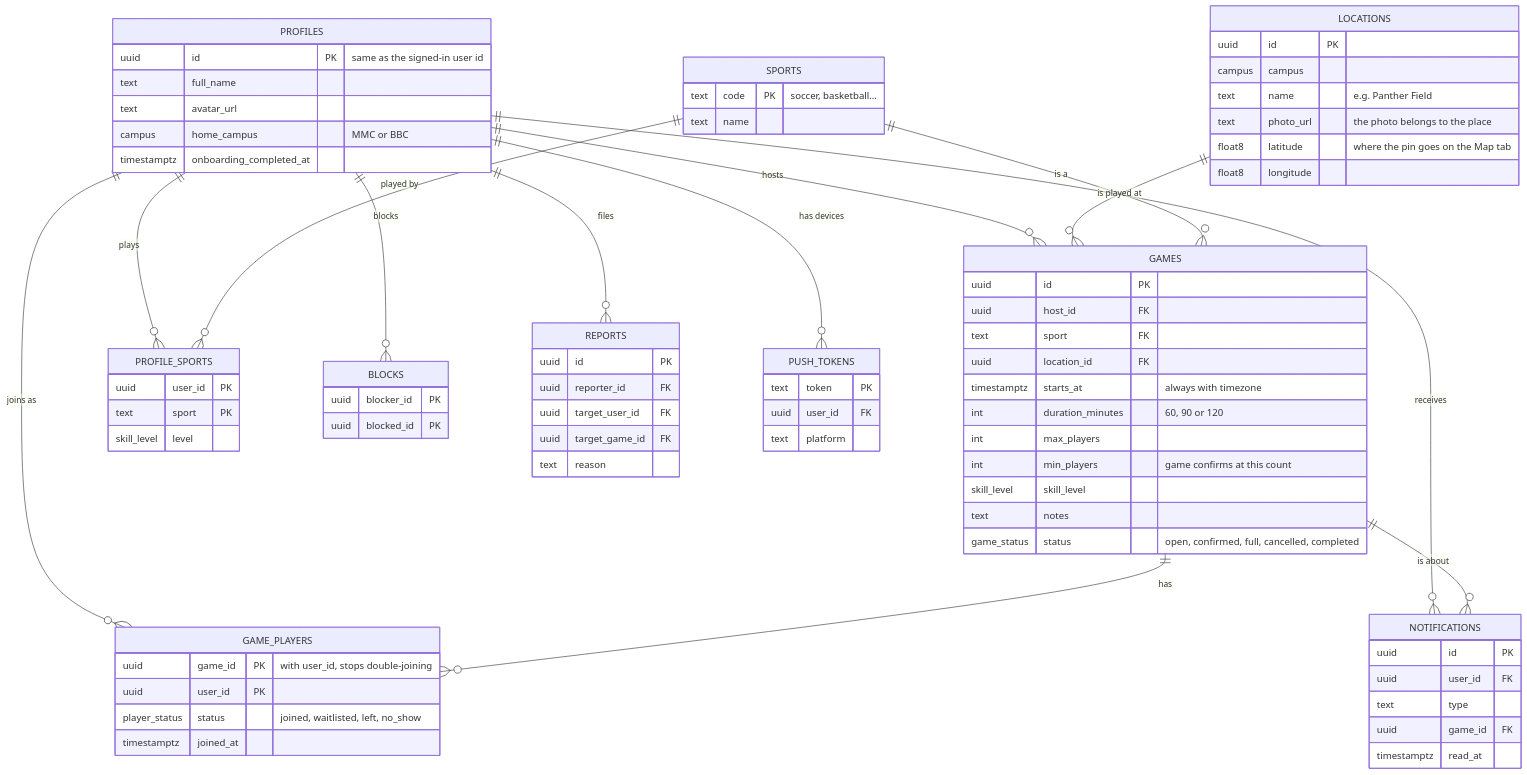
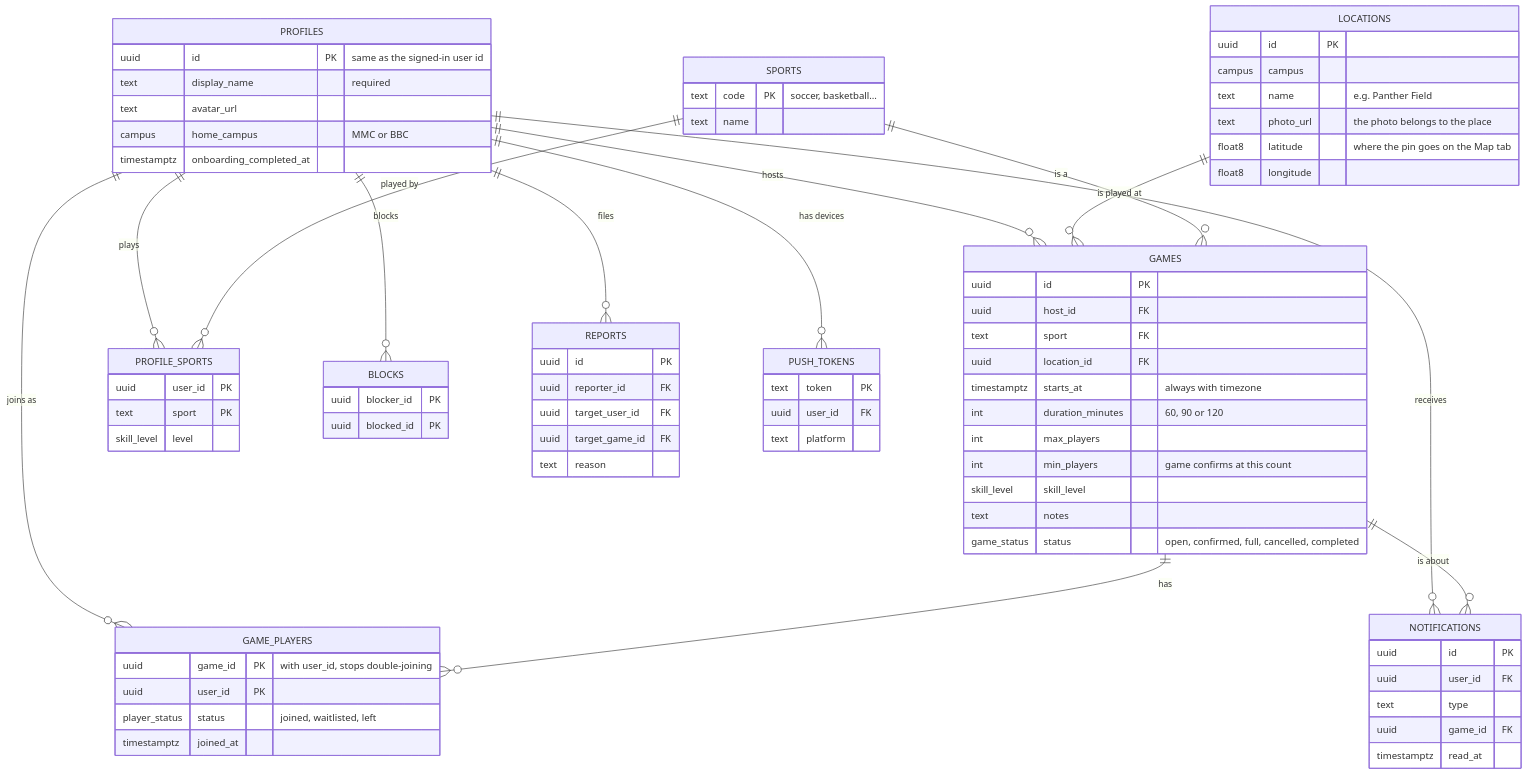
Before and after one commit to aymanlaassel/pantherplay: the fifth of 9 diagrams in docs/ARCHITECTURE.md, drawn with Mermaid. The commit also changed other lines of this file and 3 other files, not shown here.

````diff
--- a/docs/ARCHITECTURE.md
+++ b/docs/ARCHITECTURE.md
@@ -241,82 +241,82 @@
 ```mermaid
 erDiagram
   PROFILES ||--o{ GAMES : "hosts"
   PROFILES ||--o{ GAME_PLAYERS : "joins as"
   GAMES ||--o{ GAME_PLAYERS : "has"
   LOCATIONS ||--o{ GAMES : "is played at"
   SPORTS ||--o{ GAMES : "is a"
   PROFILES ||--o{ PROFILE_SPORTS : "plays"
   SPORTS ||--o{ PROFILE_SPORTS : "played by"
   PROFILES ||--o{ NOTIFICATIONS : "receives"
   GAMES ||--o{ NOTIFICATIONS : "is about"
   PROFILES ||--o{ BLOCKS : "blocks"
   PROFILES ||--o{ REPORTS : "files"
   PROFILES ||--o{ PUSH_TOKENS : "has devices"
 
   PROFILES {
     uuid id PK "same as the signed-in user id"
-    text full_name
+    text display_name "required"
     text avatar_url
     campus home_campus "MMC or BBC"
     timestamptz onboarding_completed_at
   }
   GAMES {
     uuid id PK
     uuid host_id FK
     text sport FK
     uuid location_id FK
     timestamptz starts_at "always with timezone"
     int duration_minutes "60, 90 or 120"
     int max_players
     int min_players "game confirms at this count"
     skill_level skill_level
     text notes
     game_status status "open, confirmed, full, cancelled, completed"
   }
   GAME_PLAYERS {
     uuid game_id PK "with user_id, stops double-joining"
     uuid user_id PK
-    player_status status "joined, waitlisted, left, no_show"
+    player_status status "joined, waitlisted, left"
     timestamptz joined_at
   }
   LOCATIONS {
     uuid id PK
     campus campus
     text name "e.g. Panther Field"
     text photo_url "the photo belongs to the place"
     float8 latitude "where the pin goes on the Map tab"
     float8 longitude
   }
   SPORTS {
     text code PK "soccer, basketball…"
     text name
   }
   PROFILE_SPORTS {
     uuid user_id PK
     text sport PK
     skill_level level
   }
   NOTIFICATIONS {
     uuid id PK
     uuid user_id FK
     text type
     uuid game_id FK
     timestamptz read_at
   }
   BLOCKS {
     uuid blocker_id PK
     uuid blocked_id PK
   }
   REPORTS {
     uuid id PK
     uuid reporter_id FK
     uuid target_user_id FK
     uuid target_game_id FK
     text reason
   }
   PUSH_TOKENS {
     text token PK
     uuid user_id FK
     text platform
   }
 ```
````
